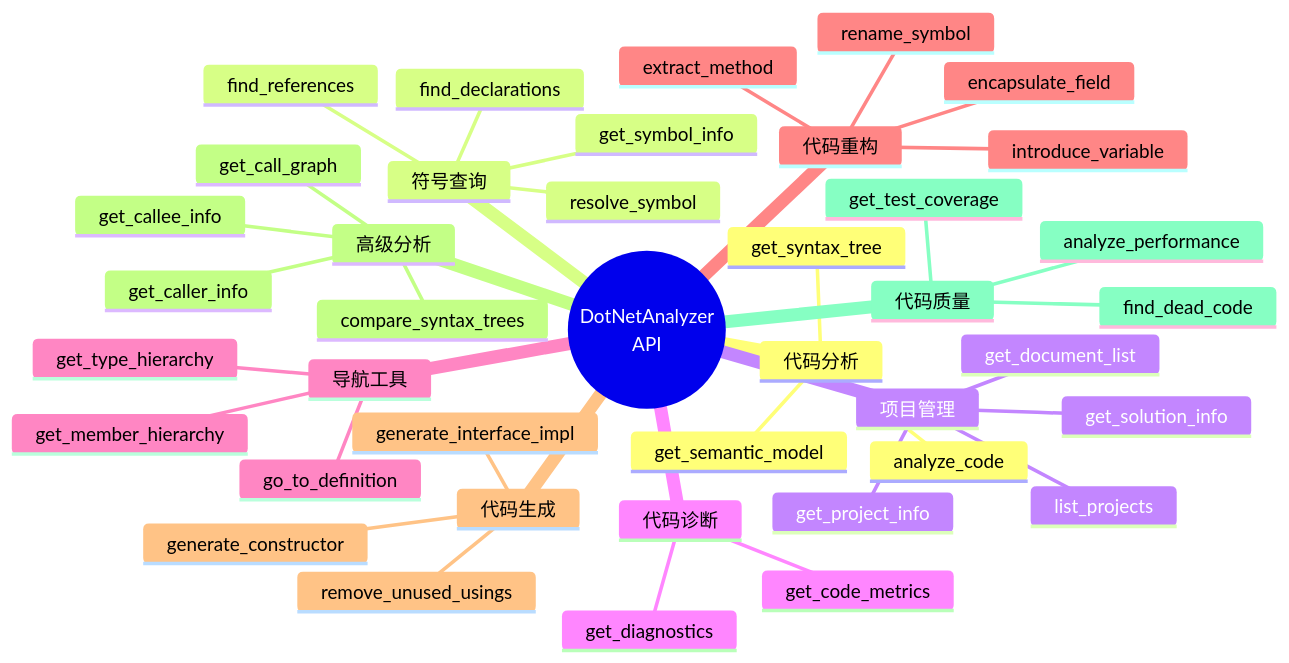
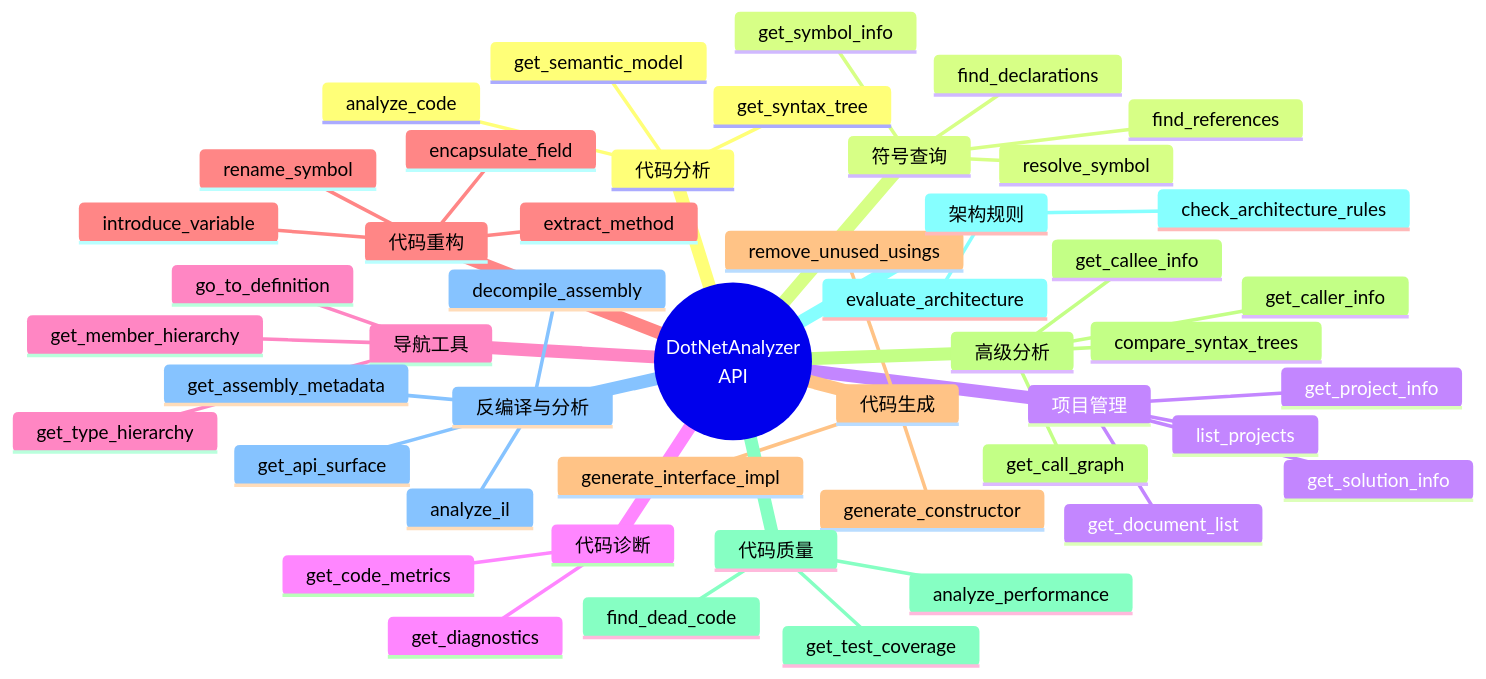
One commit to CartapenaBark/DotNetAnalyzer changed the second of 2 diagrams in docs/api-guide.md. Above: the diagram before and after it, drawn with Mermaid. The commit also changed other lines of this file and 93 other files, not shown here.

````diff
--- a/docs/api-guide.md
+++ b/docs/api-guide.md
@@ -36,43 +36,51 @@
 ```mermaid
 mindmap
     root((DotNetAnalyzer<br/>API))
         代码分析
             analyze_code
             get_syntax_tree
             get_semantic_model
         符号查询
             find_references
             find_declarations
             get_symbol_info
             resolve_symbol
         项目管理
             list_projects
             get_project_info
             get_solution_info
             get_document_list
         代码诊断
             get_diagnostics
             get_code_metrics
         导航工具
             go_to_definition
             get_type_hierarchy
             get_member_hierarchy
         代码重构
             extract_method
             rename_symbol
             introduce_variable
             encapsulate_field
         代码生成
             generate_interface_impl
             generate_constructor
             remove_unused_usings
         高级分析
             get_call_graph
             get_caller_info
             get_callee_info
             compare_syntax_trees
         代码质量
             get_test_coverage
             find_dead_code
             analyze_performance
+        架构规则
+            check_architecture_rules
+            evaluate_architecture
+        反编译与分析
+            decompile_assembly
+            analyze_il
+            get_assembly_metadata
+            get_api_surface
 ```
````
